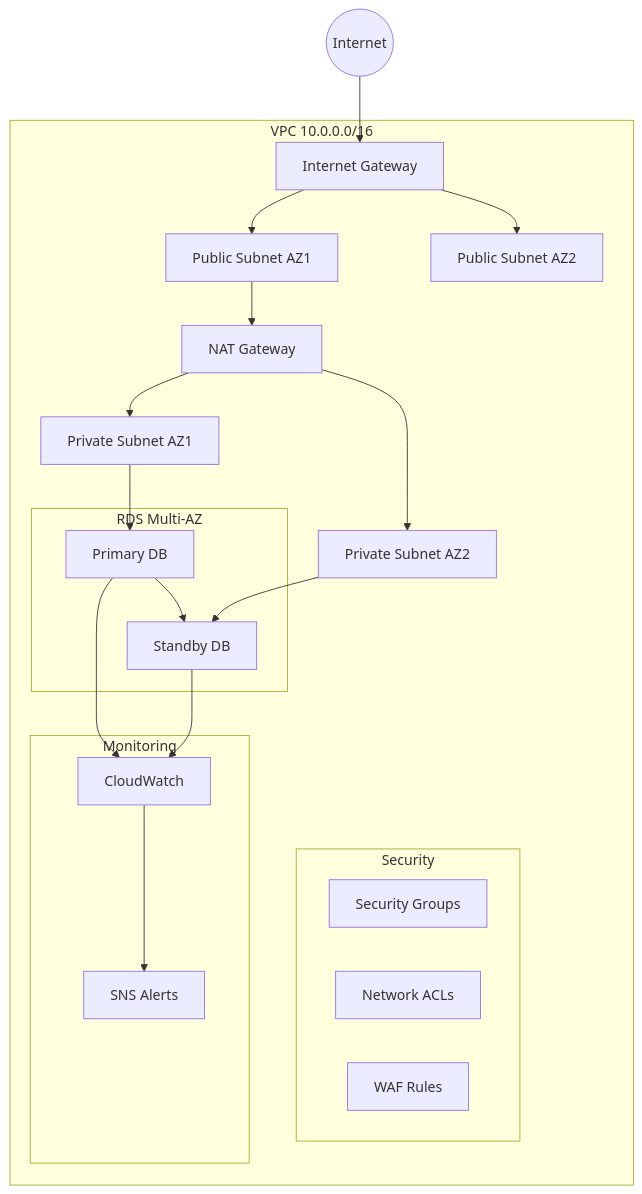
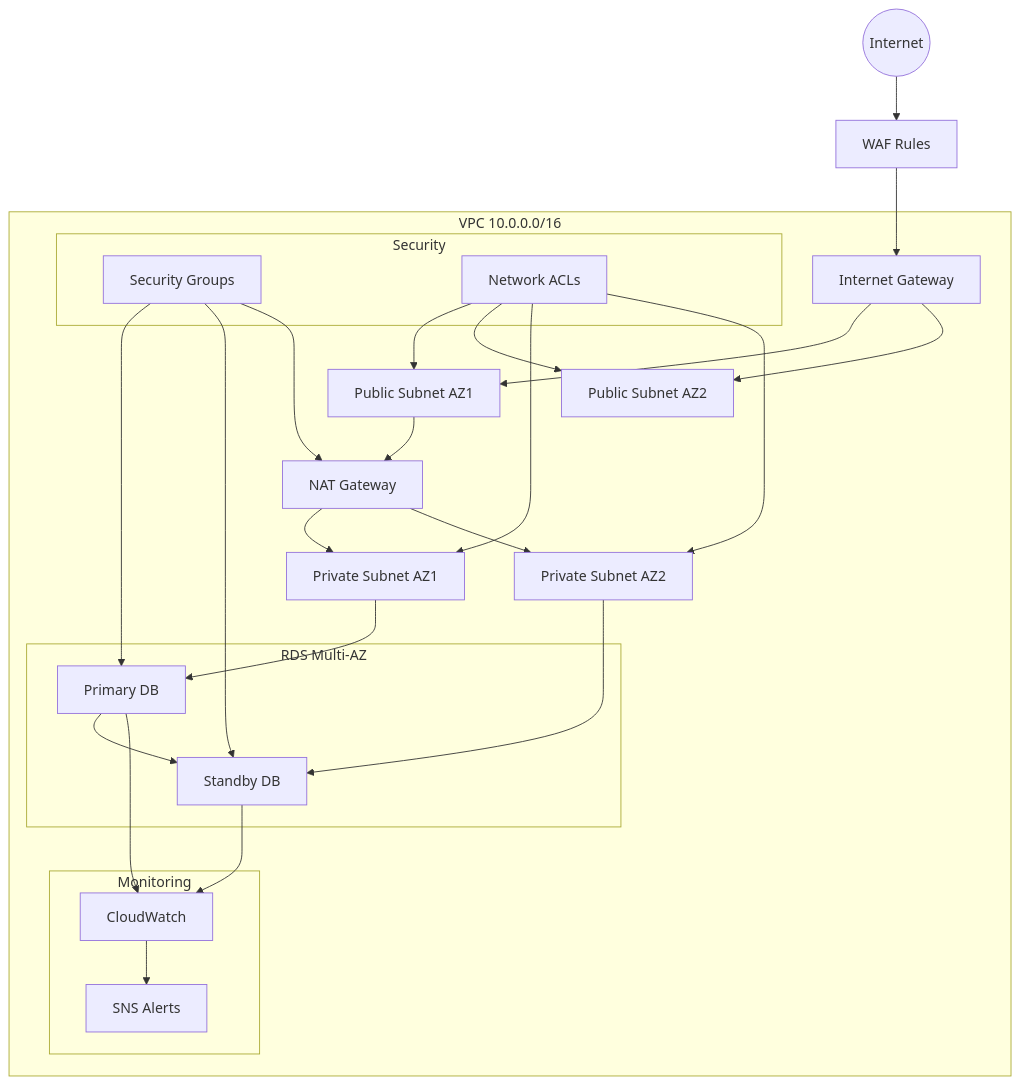
One commit to misua/tf-rodeo changed the diagram in infrastructure/docs/ARCHITECTURE.md. Above: the diagram before and after it, drawn with Mermaid.

````diff
--- a/infrastructure/docs/ARCHITECTURE.md
+++ b/infrastructure/docs/ARCHITECTURE.md
@@ -13,41 +13,50 @@
 ```mermaid
 graph TB
-    Internet((Internet)) --> IGW[Internet Gateway]
+    Internet((Internet)) --> WAF[WAF Rules]
+    WAF --> IGW[Internet Gateway]
     IGW --> PublicSubnet1[Public Subnet AZ1]
     IGW --> PublicSubnet2[Public Subnet AZ2]
     
     PublicSubnet1 --> NAT[NAT Gateway]
     NAT --> PrivateSubnet1[Private Subnet AZ1]
     NAT --> PrivateSubnet2[Private Subnet AZ2]
     
     subgraph VPC[VPC 10.0.0.0/16]
         IGW
         PublicSubnet1
         PublicSubnet2
         NAT
         PrivateSubnet1
         PrivateSubnet2
         
         subgraph RDS[RDS Multi-AZ]
             DB1[Primary DB] --> DB2[Standby DB]
         end
         
         subgraph Security
             SG[Security Groups]
             NACL[Network ACLs]
-            WAF[WAF Rules]
         end
         
         subgraph Monitoring
             CW[CloudWatch]
             SNS[SNS Alerts]
         end
     end
     
+    %% Security connections
+    SG --> DB1
+    SG --> DB2
+    SG --> NAT
+    NACL --> PublicSubnet1
+    NACL --> PublicSubnet2
+    NACL --> PrivateSubnet1
+    NACL --> PrivateSubnet2
+    
     PrivateSubnet1 --> DB1
     PrivateSubnet2 --> DB2
     
     CW --> SNS
     DB1 --> CW
     DB2 --> CW
 ```
````
